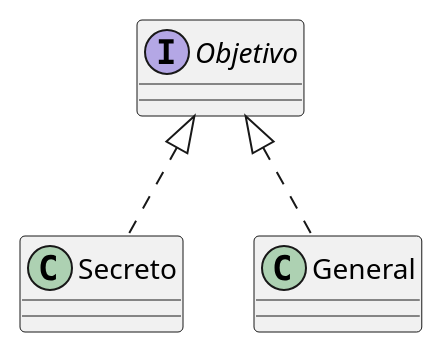
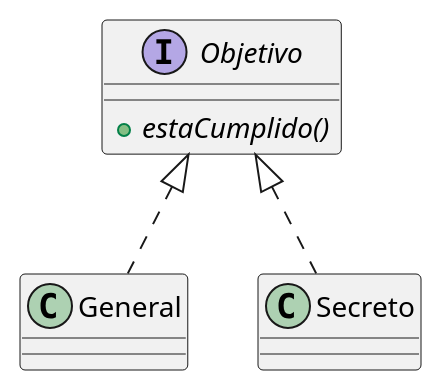
Before and after one commit to NazaQuintero/algo3_tp2: the diagram in diagrams/objetivo.wsd, drawn with PlantUML. The commit also changed 2 other files, not shown here.

```diff
--- a/diagrams/objetivo.wsd
+++ b/diagrams/objetivo.wsd
@@ -1,13 +1,14 @@
 @startuml
 
 
-interface Objetivo {}
-
-class Secreto {}
+interface Objetivo {
+    {abstract} +estaCumplido()
+}
 
 class General {}
 
 Objetivo <|.. Secreto
 Objetivo <|.. General
 
+
 @enduml
```
